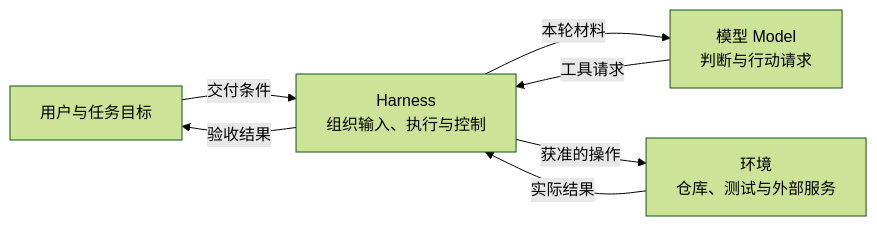
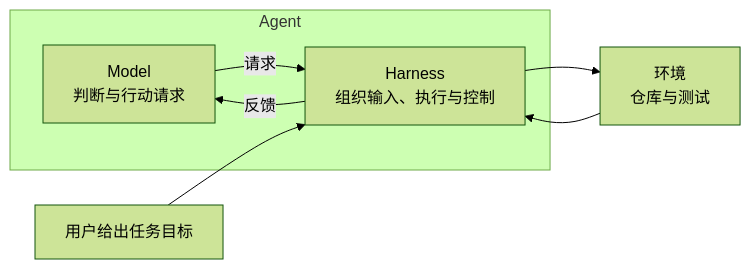
One commit to Rochsen/Rochsen.github.io changed the first of 14 diagrams in src/notes/aiApplicationEngineer/35HarnessEngineering.md. Above: the diagram before and after it, drawn with Mermaid (forest theme). The commit also changed other lines of this file, not shown here.

Commit message:
fix: 修正《Harness Engineering》文档中的流程图和角色描述，增强内容清晰度

````diff
--- a/src/notes/aiApplicationEngineer/35HarnessEngineering.md
+++ b/src/notes/aiApplicationEngineer/35HarnessEngineering.md
@@ -32,9 +26,10 @@
 ```mermaid
 flowchart LR
-    U["用户与任务目标"] -->|"交付条件"| H["Harness<br/>组织输入、执行与控制"]
-    H -->|"本轮材料"| M["模型 Model<br/>判断与行动请求"]
-    M -->|"工具请求"| H
-    H -->|"获准的操作"| E["环境<br/>仓库、测试与外部服务"]
-    E -->|"实际结果"| H
-    H -->|"验收结果"| U
+    subgraph AG["Agent"]
+        M["Model<br/>判断与行动请求"] -->|"请求"| H["Harness<br/>组织输入、执行与控制"]
+        H -->|"反馈"| M
+    end
+    U["用户给出任务目标"] --> H
+    H --> E["环境<br/>仓库与测试"]
+    E --> H
 ```
````
